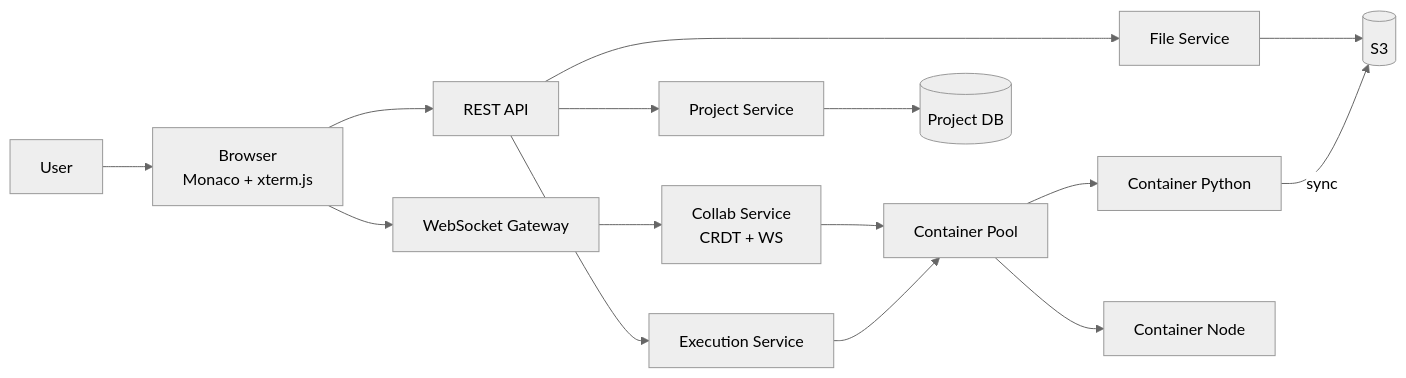
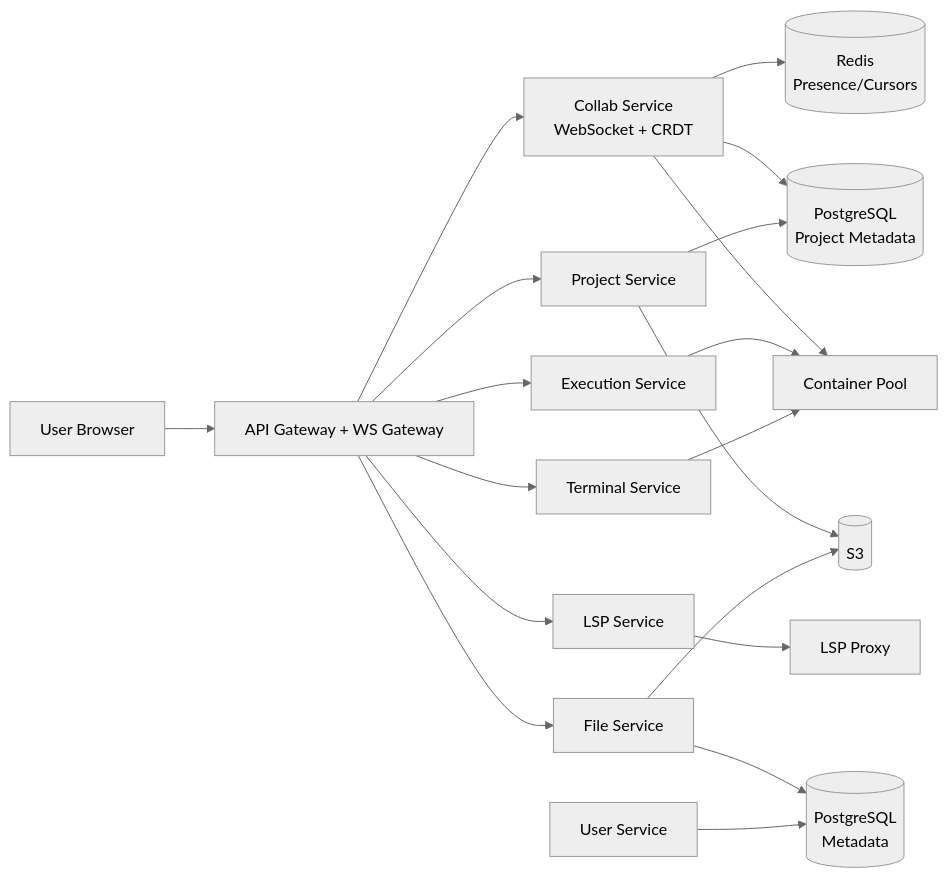
The third of 18 diagrams in docs/system-design/high-level/designing/advanced/online-code-editor.md (abhishekghoshh/system-design-helper), drawn with Mermaid (neutral theme) before and after one commit. The commit also changed other lines of this file and 107 other files, not shown here.

````diff
--- a/docs/system-design/high-level/designing/advanced/online-code-editor.md
+++ b/docs/system-design/high-level/designing/advanced/online-code-editor.md
@@ -353,17 +275,21 @@
 ```mermaid
-flowchart LR
-  U[User] --> Browser[Browser<br/>Monaco + xterm.js]
-  Browser --> GW[WebSocket Gateway]
-  GW --> Collab[Collab Service<br/>CRDT + WS]
-  Collab --> Pool[Container Pool]
-  Browser --> REST[REST API]
-  REST --> ProjSvc[Project Service]
-  REST --> ExecSvc[Execution Service]
-  REST --> FileSvc[File Service]
-  ProjSvc --> DB[(Project DB)]
-  FileSvc --> S3[(S3)]
-  ExecSvc --> Pool
-  Pool --> ContainerA[Container Python]
-  Pool --> ContainerB[Container Node]
-  ContainerA -->|sync| S3
+graph LR
+    U[User Browser] --> GW[API Gateway + WS Gateway]
+    GW --> CollabSvc[Collab Service<br/>WebSocket + CRDT]
+    GW --> ProjSvc[Project Service]
+    GW --> ExecSvc[Execution Service]
+    GW --> LSPSvc[LSP Service]
+    GW --> FileSvc[File Service]
+    GW --> TermSvc[Terminal Service]
+    CollabSvc --> KV[(Redis<br/>Presence/Cursors)]
+    CollabSvc --> ProjDB[(PostgreSQL<br/>Project Metadata)]
+    CollabSvc --> PoolSvc[Container Pool]
+    ProjSvc --> ProjDB
+    ProjSvc --> FileStore[(S3)]
+    ExecSvc --> PoolSvc
+    LSPSvc --> LSPSvc2[LSP Proxy]
+    FileSvc --> FileStore
+    FileSvc --> MetaDB[(PostgreSQL<br/>Metadata)]
+    TermSvc --> PoolSvc
+    UserSvc[User Service] --> MetaDB
 ```
````
